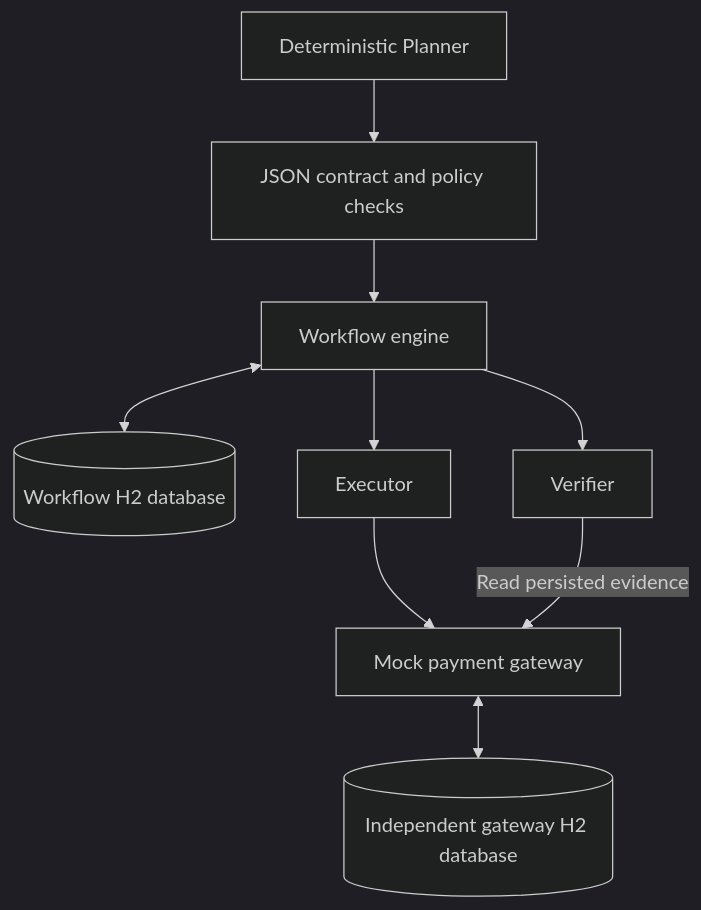
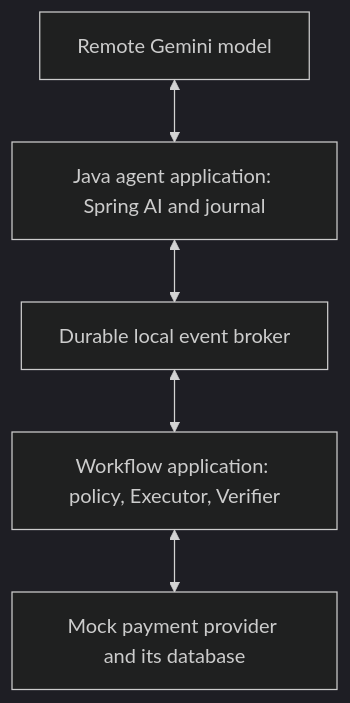
One commit to kkmurthyt21/agent-retry-demo changed the diagram in README.md. Above: the diagram before and after it, drawn with Mermaid (dark theme). The commit also changed other lines of this file and 175 other files, not shown here.

Commit message:
Publish tested Spring AI Gemini build4 demo and documentation

````diff
--- a/README.md
+++ b/README.md
@@ -64,11 +70,7 @@
 ```mermaid
 flowchart TD
-    P["Deterministic Planner"] --> G["JSON contract and policy checks"]
-    G --> W["Workflow engine"]
-    W <--> D[("Workflow H2 database")]
-    W --> E["Executor"]
-    E --> T["Mock payment gateway"]
-    T <--> X[("Independent gateway H2 database")]
-    W --> V["Verifier"]
-    V -->|"Read persisted evidence"| T
+  G["Remote Gemini model"] <--> A["Java agent application: Spring AI and journal"]
+  A <--> B["Durable local event broker"]
+  B <--> W["Workflow application: policy, Executor, Verifier"]
+  W <--> P["Mock payment provider and its database"]
 ```
````
